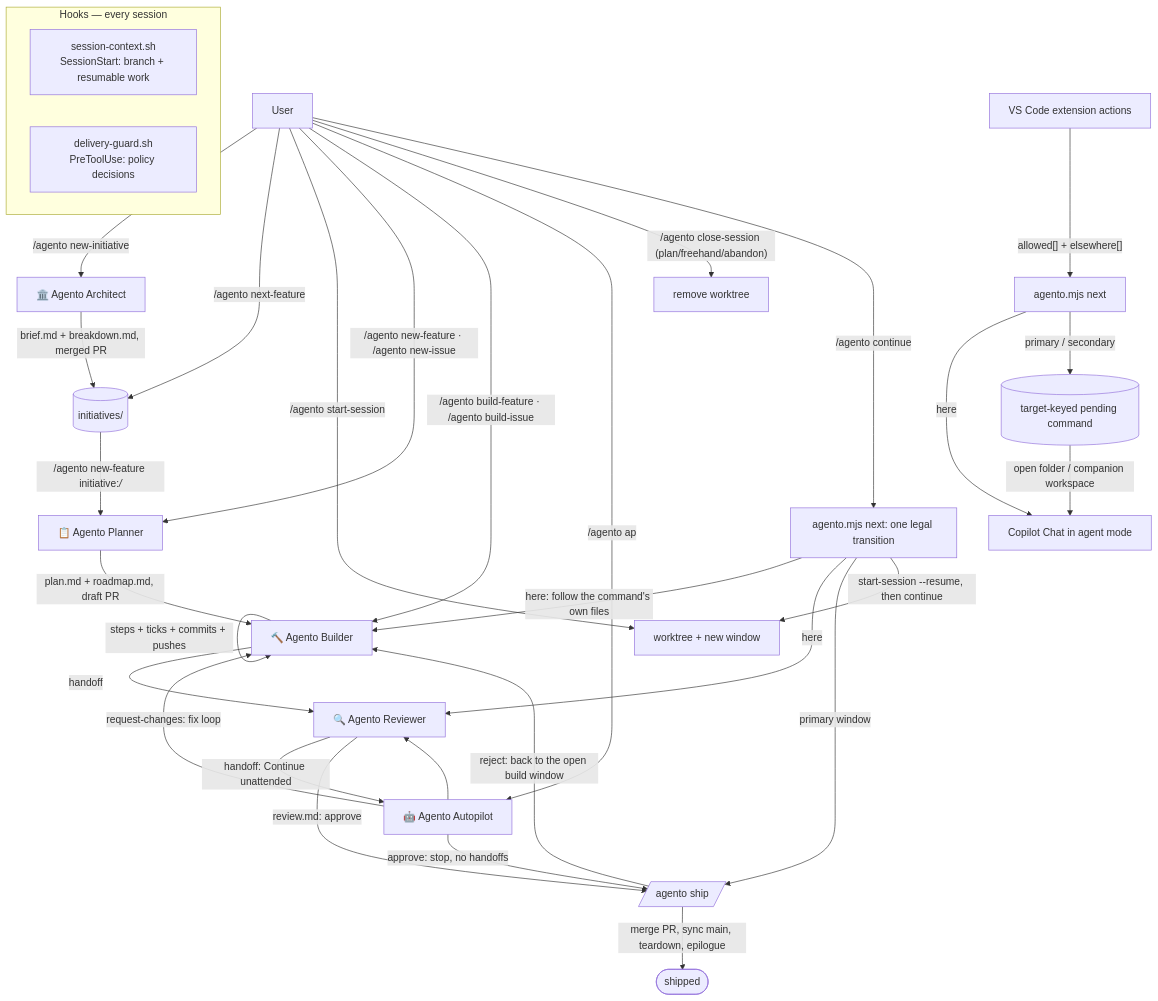
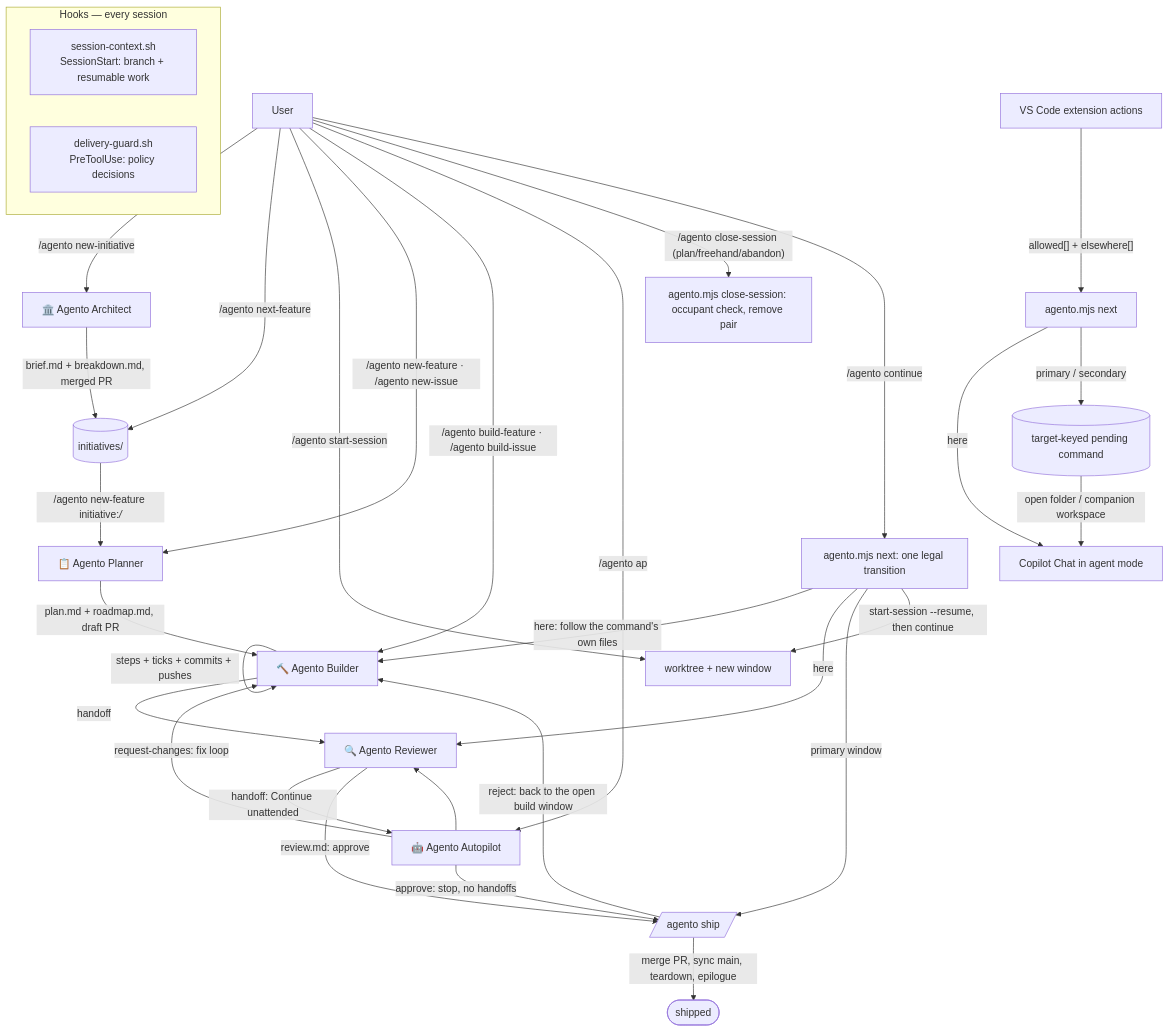
The diagram in docs/architecture.md (david-perry-software/agento), drawn with Mermaid before and after one commit. The commit also changed other lines of this file and 2 other files, not shown here.

Commit message:
docs: document agento.mjs close-session (4.1)

````diff
--- a/docs/architecture.md
+++ b/docs/architecture.md
@@ -3,37 +3,37 @@
 ```mermaid
 flowchart TD
     U[User] -->|"/agento new-initiative"| A[🏛️ Agento Architect]
     A -->|"brief.md + breakdown.md, merged PR"| INIT[(initiatives/)]
     U -->|"/agento next-feature"| INIT
     INIT -->|"/agento new-feature initiative:<i>/<f>"| P
     U -->|"/agento start-session"| SS[worktree + new window]
     U -->|"/agento new-feature · /agento new-issue"| P[📋 Agento Planner]
     P -->|plan.md + roadmap.md, draft PR| B
     U -->|"/agento build-feature · /agento build-issue"| B[🔨 Agento Builder]
     B -->|"steps + ticks + commits + pushes"| B
     B -->|handoff| R[🔍 Agento Reviewer]
     R -->|"handoff: Continue unattended"| AP
     R -->|review.md: approve| SHIP[/agento ship/]
     U -->|"/agento ap"| AP[🤖 Agento Autopilot]
     AP -->|"request-changes: fix loop"| B
     AP --> R
     AP -->|"approve: stop, no handoffs"| SHIP
     SHIP -->|"reject: back to the open build window"| B
     SHIP -->|"merge PR, sync main, teardown, epilogue"| DONE([shipped])
-    U -->|"/agento close-session (plan/freehand/abandon)"| CLOSE[remove worktree]
+    U -->|"/agento close-session (plan/freehand/abandon)"| CLOSE[agento.mjs close-session: occupant check, remove pair]
     U -->|"/agento continue"| CONT[agento.mjs next: one legal transition]
     CONT -->|"here: follow the command's own files"| B
     CONT -->|"here"| R
     CONT -->|"primary window"| SHIP
     CONT -->|"start-session --resume, then continue"| SS
 
     EXT[VS Code extension actions] -->|"allowed[] + elsewhere[]"| NEXT[agento.mjs next]
     NEXT -->|"here"| CHAT[Copilot Chat in agent mode]
     NEXT -->|"primary / secondary"| PENDING[(target-keyed pending command)]
     PENDING -->|"open folder / companion workspace"| CHAT
 
     subgraph hooks [Hooks — every session]
         SC[session-context.sh<br/>SessionStart: branch + resumable work]
         DG[delivery-guard.sh<br/>PreToolUse: policy decisions]
     end
 ```
````
